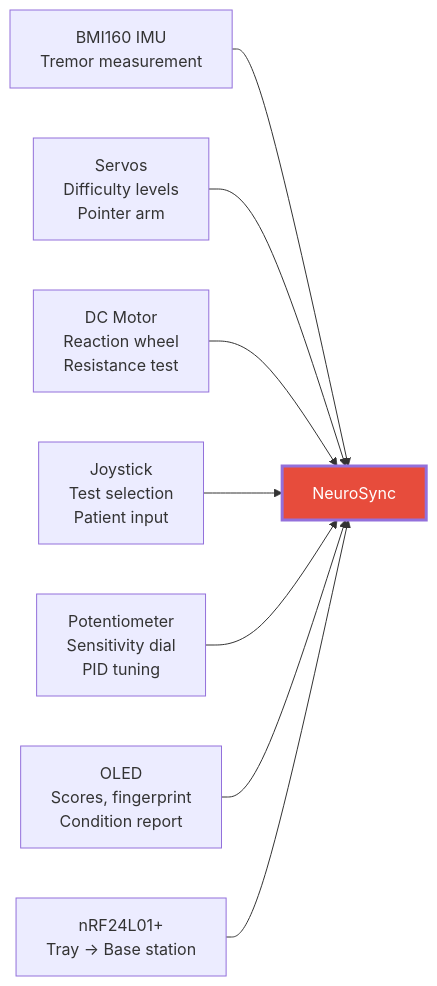
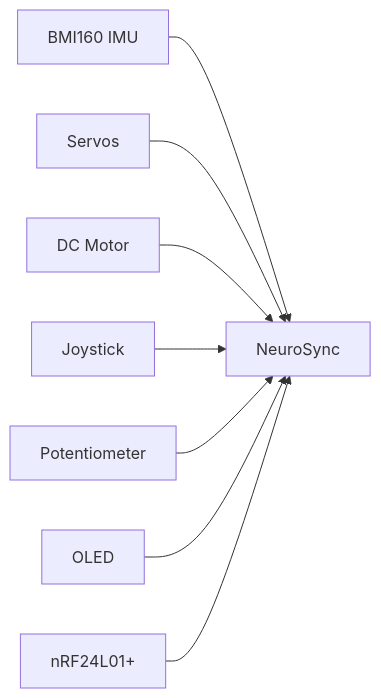
Before and after one commit to doyun-gu/hack-a-bot-2026: the first of 13 diagrams in docs/idea-shortlist-v2.md, drawn with Mermaid. The commit also changed other lines of this file and 3 other files, not shown here.

First line of the commit message:
Clean up diagrams + add EEE theory + ventilation application

````diff
--- a/docs/idea-shortlist-v2.md
+++ b/docs/idea-shortlist-v2.md
@@ -38,12 +38,10 @@
 ```mermaid
 graph LR
-    IMU["BMI160 IMU<br/>Tremor measurement"] --> CORE["NeuroSync"]
-    SERVO["Servos<br/>Difficulty levels<br/>Pointer arm"] --> CORE
-    MOTOR["DC Motor<br/>Reaction wheel<br/>Resistance test"] --> CORE
-    JOY["Joystick<br/>Test selection<br/>Patient input"] --> CORE
-    POT["Potentiometer<br/>Sensitivity dial<br/>PID tuning"] --> CORE
-    OLED["OLED<br/>Scores, fingerprint<br/>Condition report"] --> CORE
-    NRF["nRF24L01+<br/>Tray → Base station"] --> CORE
-
-    style CORE fill:#e74c3c,color:#fff,stroke-width:3px
+    IMU[BMI160 IMU] --> CORE[NeuroSync]
+    SERVO[Servos] --> CORE
+    MOTOR[DC Motor] --> CORE
+    JOY[Joystick] --> CORE
+    POT[Potentiometer] --> CORE
+    OLED[OLED] --> CORE
+    NRF[nRF24L01+] --> CORE
 ```
````
